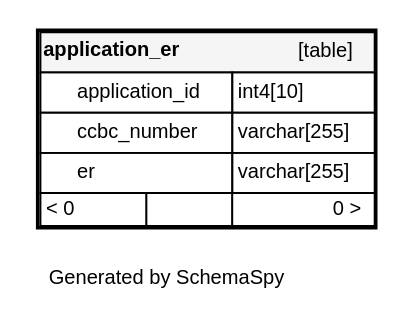
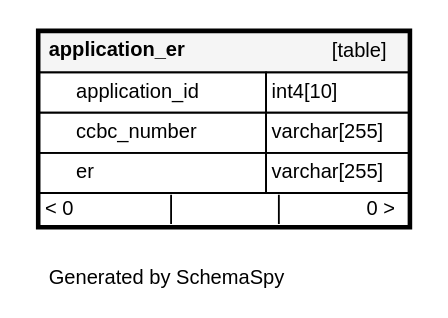
One commit to bcgov/CONN-CCBC-portal changed the diagram in schemaspy/ccbc_public/diagrams/tables/application_er.1degree.dot. Above: the diagram before and after it, drawn with Graphviz. The commit also changed 342 other files, not shown here.

```diff
--- a/schemaspy/ccbc_public/diagrams/tables/application_er.1degree.dot
+++ b/schemaspy/ccbc_public/diagrams/tables/application_er.1degree.dot
@@ -1,16 +1,16 @@
 digraph "oneDegreeRelationshipsDiagram" {
-  graph [    rankdir="RL"    bgcolor="#ffffff"    label="\nGenerated by SchemaSpy"    labeljust="l"    nodesep="0.18"    ranksep="0.46"    fontname="Helvetica"    fontsize="11"    ration="compress"  ];  node [    fontname="Helvetica"    fontsize="11"    shape="plaintext"  ];  edge [    arrowsize="0.8"  ];
+  graph [    rankdir="RL"    bgcolor="#ffffff"    label="\nGenerated by SchemaSpy"    labeljust="l"    nodesep="0.18"    ranksep="0.46"    fontname="Helvetica"    fontsize="11"    packmode="graph"  ];  node [    fontname="Helvetica"    fontsize="11"    shape="plaintext"  ];  edge [    arrowsize="0.8"  ];
   "application_er" [
    label=<
     <TABLE BORDER="2" CELLBORDER="1" CELLSPACING="0" BGCOLOR="#ffffff">
-      <TR><TD COLSPAN="4"  BGCOLOR="#f5f5f5"><TABLE BORDER="0" CELLSPACING="0"><TR><TD ALIGN="LEFT" FIXEDSIZE="TRUE" WIDTH="84" HEIGHT="16"><B>application_er</B></TD><TD ALIGN="RIGHT">[table]</TD></TR></TABLE></TD></TR>
-      <TR><TD PORT="application_id" COLSPAN="2" ALIGN="LEFT"><TABLE BORDER="0" CELLSPACING="0" ALIGN="LEFT"><TR ALIGN="LEFT"><TD ALIGN="LEFT" FIXEDSIZE="TRUE" WIDTH="15" HEIGHT="16"></TD><TD ALIGN="LEFT" FIXEDSIZE="TRUE" WIDTH="84" HEIGHT="16">application_id</TD></TR></TABLE></TD><TD PORT="application_id.type" ALIGN="LEFT">int4[10]</TD></TR>
-      <TR><TD PORT="ccbc_number" COLSPAN="2" ALIGN="LEFT"><TABLE BORDER="0" CELLSPACING="0" ALIGN="LEFT"><TR ALIGN="LEFT"><TD ALIGN="LEFT" FIXEDSIZE="TRUE" WIDTH="15" HEIGHT="16"></TD><TD ALIGN="LEFT" FIXEDSIZE="TRUE" WIDTH="84" HEIGHT="16">ccbc_number</TD></TR></TABLE></TD><TD PORT="ccbc_number.type" ALIGN="LEFT">varchar[255]</TD></TR>
-      <TR><TD PORT="er" COLSPAN="2" ALIGN="LEFT"><TABLE BORDER="0" CELLSPACING="0" ALIGN="LEFT"><TR ALIGN="LEFT"><TD ALIGN="LEFT" FIXEDSIZE="TRUE" WIDTH="15" HEIGHT="16"></TD><TD ALIGN="LEFT" FIXEDSIZE="TRUE" WIDTH="84" HEIGHT="16">er</TD></TR></TABLE></TD><TD PORT="er.type" ALIGN="LEFT">varchar[255]</TD></TR>
-      <TR><TD ALIGN="LEFT" BGCOLOR="#ffffff">&lt; 0</TD><TD ALIGN="RIGHT" BGCOLOR="#ffffff">  </TD><TD ALIGN="RIGHT" BGCOLOR="#ffffff">0 &gt;</TD></TR>
+      <TR><TD COLSPAN="4"  BGCOLOR="#f5f5f5"><TABLE BORDER="0" CELLSPACING="0"><TR><TD ALIGN="LEFT" FIXEDSIZE="TRUE" WIDTH="103" HEIGHT="16"><B>application_er</B></TD><TD ALIGN="RIGHT">[table]</TD></TR></TABLE></TD></TR>
+      <TR><TD PORT="application_id" COLSPAN="2" ALIGN="LEFT"><TABLE BORDER="0" CELLSPACING="0" ALIGN="LEFT"><TR ALIGN="LEFT"><TD ALIGN="LEFT" FIXEDSIZE="TRUE" WIDTH="15" HEIGHT="16"></TD><TD ALIGN="LEFT" FIXEDSIZE="TRUE" WIDTH="103" HEIGHT="16">application_id</TD></TR></TABLE></TD><TD PORT="application_id.type" ALIGN="LEFT">int4[10]</TD></TR>
+      <TR><TD PORT="ccbc_number" COLSPAN="2" ALIGN="LEFT"><TABLE BORDER="0" CELLSPACING="0" ALIGN="LEFT"><TR ALIGN="LEFT"><TD ALIGN="LEFT" FIXEDSIZE="TRUE" WIDTH="15" HEIGHT="16"></TD><TD ALIGN="LEFT" FIXEDSIZE="TRUE" WIDTH="103" HEIGHT="16">ccbc_number</TD></TR></TABLE></TD><TD PORT="ccbc_number.type" ALIGN="LEFT">varchar[255]</TD></TR>
+      <TR><TD PORT="er" COLSPAN="2" ALIGN="LEFT"><TABLE BORDER="0" CELLSPACING="0" ALIGN="LEFT"><TR ALIGN="LEFT"><TD ALIGN="LEFT" FIXEDSIZE="TRUE" WIDTH="15" HEIGHT="16"></TD><TD ALIGN="LEFT" FIXEDSIZE="TRUE" WIDTH="103" HEIGHT="16">er</TD></TR></TABLE></TD><TD PORT="er.type" ALIGN="LEFT">varchar[255]</TD></TR>
+      <TR><TD ALIGN="LEFT" CELLPADDING="0" BGCOLOR="#ffffff" COLSPAN="4" ><TABLE BORDER="0" CELLBORDER="0" CELLSPACING="0"><TR><TD ALIGN="LEFT" BGCOLOR="#ffffff">&lt; 0</TD><VR/><TD ALIGN="CENTER" BGCOLOR="#ffffff">  </TD><VR/><TD ALIGN="RIGHT" BGCOLOR="#ffffff">0 &gt;</TD></TR></TABLE></TD></TR>
     </TABLE>>
     URL="application_er.html"
     target="_top"
     tooltip="application_er"
   ];
 }
```
